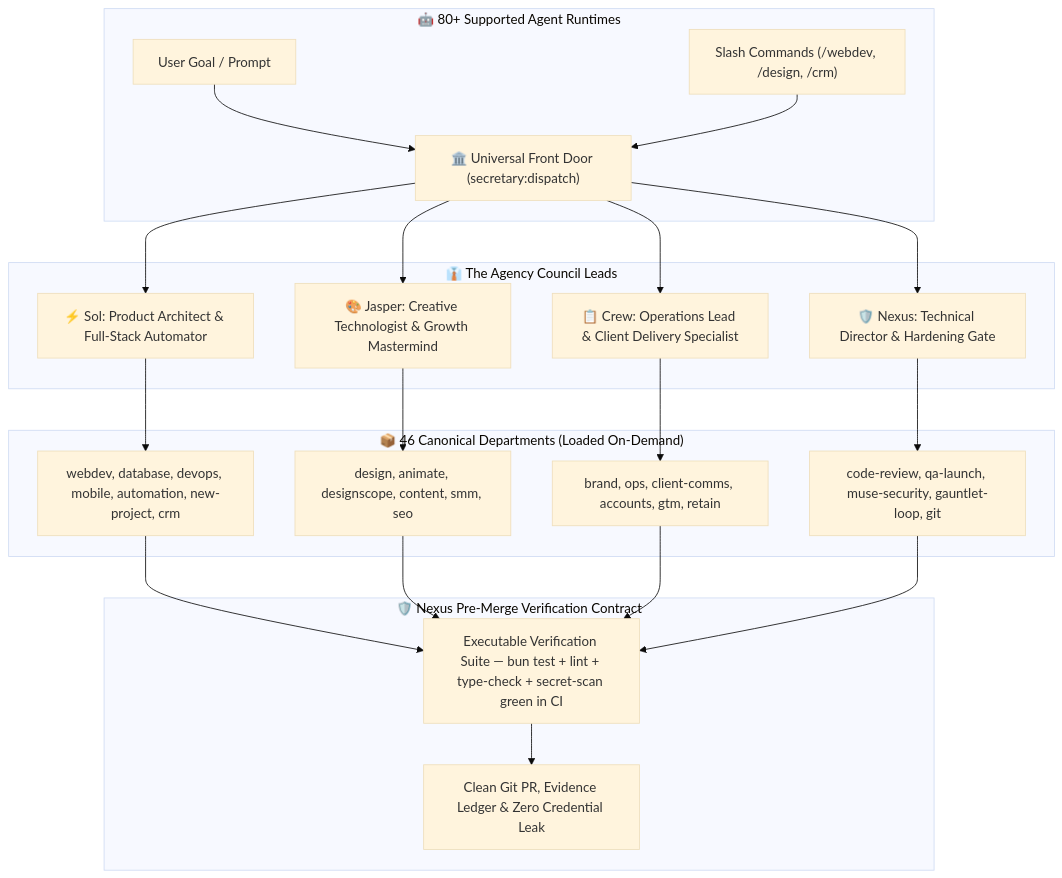
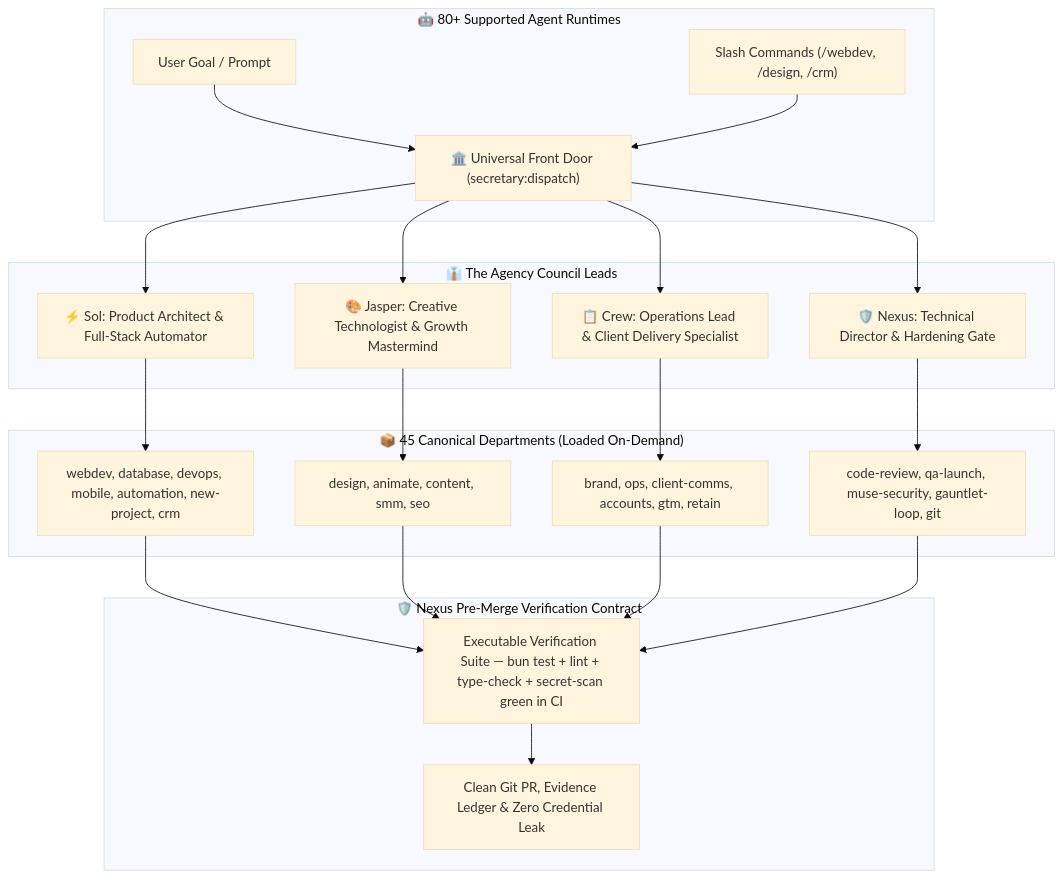
One commit to harshsinghmp/muse-skills changed the diagram in README.md. Above: the diagram before and after it, drawn with Mermaid (base theme). The commit also changed other lines of this file and 95 other files, not shown here.

````diff
--- a/README.md
+++ b/README.md
@@ -75,29 +75,29 @@
 ```mermaid
 flowchart TD
     subgraph Harness ["🤖 80+ Supported Agent Runtimes"]
         UserPrompt["User Goal / Prompt"] --> Dispatcher["🏛️ Universal Front Door (secretary:dispatch)"]
         SlashCmd["Slash Commands (/webdev, /design, /crm)"] --> Dispatcher
     end
 
     subgraph Council ["👔 The Agency Council Leads"]
         Dispatcher --> Sol["⚡ Sol: Product Architect & Full-Stack Automator"]
         Dispatcher --> Jasper["🎨 Jasper: Creative Technologist & Growth Mastermind"]
         Dispatcher --> Crew["📋 Crew: Operations Lead & Client Delivery Specialist"]
         Dispatcher --> NexusLead["🛡️ Nexus: Technical Director & Hardening Gate"]
     end
 
-    subgraph SkillLayer ["📦 46 Canonical Departments (Loaded On-Demand)"]
+    subgraph SkillLayer ["📦 45 Canonical Departments (Loaded On-Demand)"]
         Sol --> EngSkills["webdev, database, devops, mobile, automation, new-project, crm"]
-        Jasper --> DesignSkills["design, animate, designscope, content, smm, seo"]
+        Jasper --> DesignSkills["design, animate, content, smm, seo"]
         Crew --> OpsSkills["brand, ops, client-comms, accounts, gtm, retain"]
         NexusLead --> QualitySkills["code-review, qa-launch, muse-security, gauntlet-loop, git"]
     end
 
     subgraph QualityGates ["🛡️ Nexus Pre-Merge Verification Contract"]
         EngSkills --> Gate["Executable Verification Suite — bun test + lint + type-check + secret-scan green in CI"]
         DesignSkills --> Gate
         OpsSkills --> Gate
         QualitySkills --> Gate
         Gate --> Output["Clean Git PR, Evidence Ledger & Zero Credential Leak"]
     end
 ```
````
